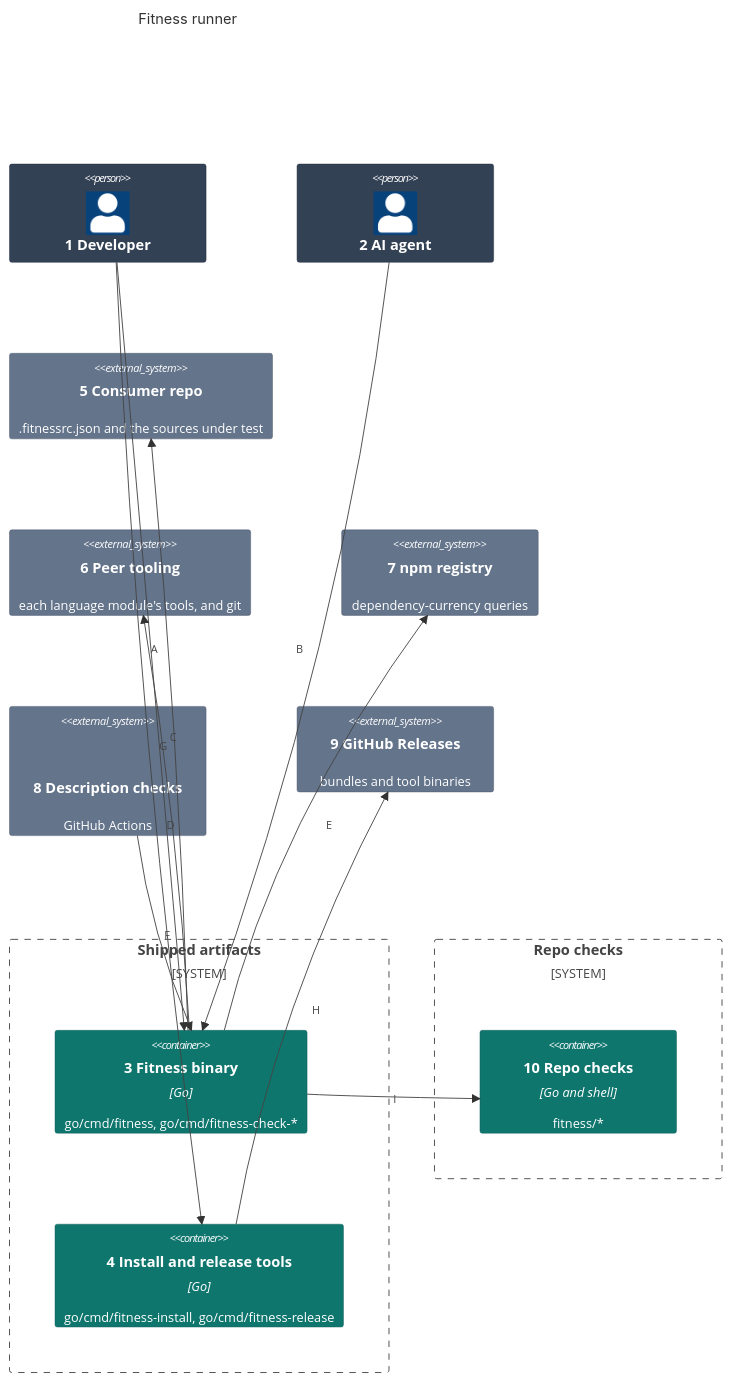
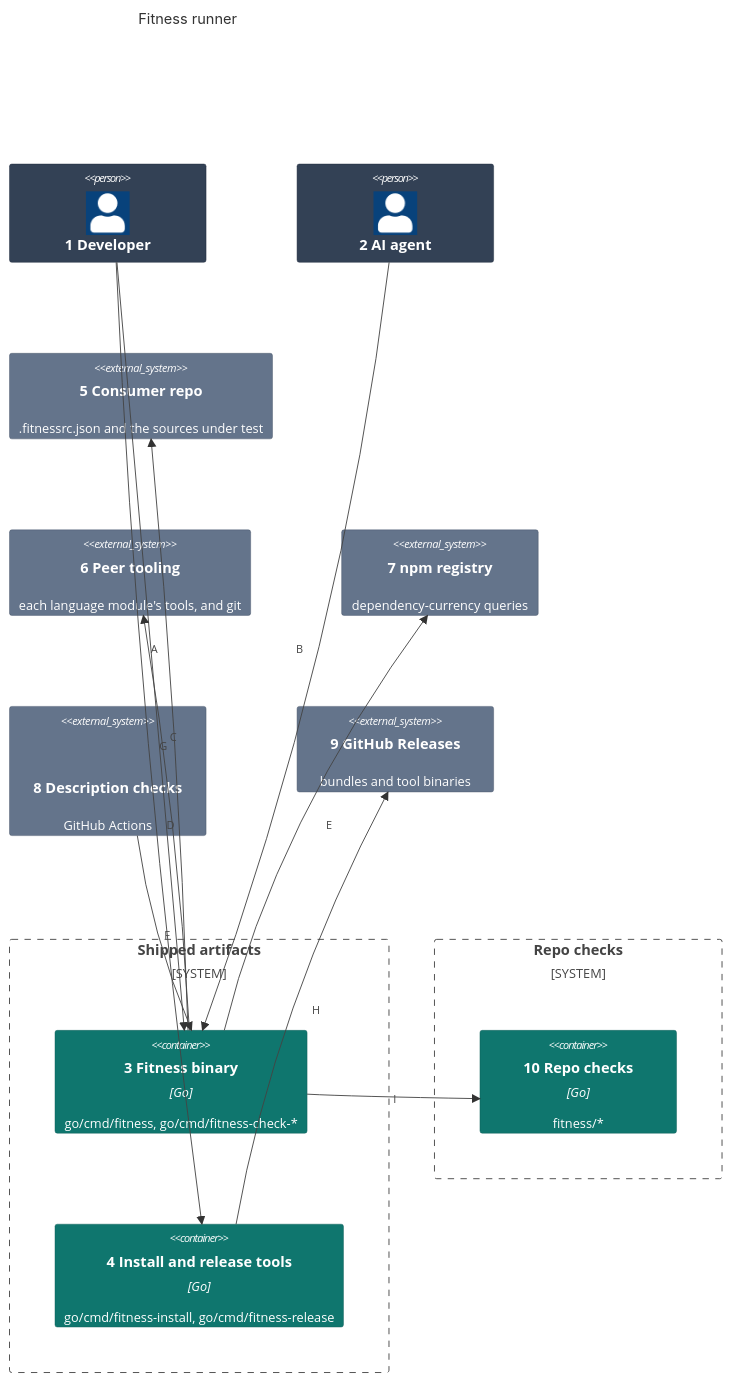
Before and after one commit to may-journal/fitness-runner: the first of 2 diagrams in docs/architecture/02-containers.md, drawn with Mermaid. The commit also changed other lines of this file and 51 other files, not shown here.

````diff
--- a/docs/architecture/02-containers.md
+++ b/docs/architecture/02-containers.md
@@ -3,43 +3,43 @@
 ```mermaid
 C4Container
     title Fitness runner
 
     Person(developer, "1 Developer")
     Person(agent, "2 AI agent")
 
     System_Boundary(ship, "Shipped artifacts") {
         Container(cli, "3 Fitness binary", "Go", "go/cmd/fitness, go/cmd/fitness-check-*")
         Container(tools, "4 Install and release tools", "Go", "go/cmd/fitness-install, go/cmd/fitness-release")
     }
 
     System_Boundary(own, "Repo checks") {
-        Container(repo, "10 Repo checks", "Go and shell", "fitness/*")
+        Container(repo, "10 Repo checks", "Go", "fitness/*")
     }
 
     System_Ext(consumer, "5 Consumer repo", ".fitnessrc.json and the sources under test")
     System_Ext(peers, "6 Peer tooling", "each language module's tools, and git")
     System_Ext(registry, "7 npm registry", "dependency-currency queries")
     System_Ext(ci, "8 Description checks", "GitHub Actions", "issue-check and pr-check")
     System_Ext(releases, "9 GitHub Releases", "bundles and tool binaries")
 
     Rel(developer, cli, "A")
     Rel(agent, cli, "B")
     Rel(cli, consumer, "C")
     Rel(cli, peers, "D")
     Rel(cli, registry, "E")
     Rel(ci, cli, "F")
     Rel(developer, tools, "G")
     Rel(tools, releases, "H")
     Rel(cli, repo, "I")
 
     UpdateElementStyle(developer, $bgColor="#334155", $borderColor="#1e293b", $fontColor="#ffffff")
     UpdateElementStyle(agent, $bgColor="#334155", $borderColor="#1e293b", $fontColor="#ffffff")
     UpdateElementStyle(cli, $bgColor="#0f766e", $borderColor="#115e59", $fontColor="#ffffff")
     UpdateElementStyle(tools, $bgColor="#0f766e", $borderColor="#115e59", $fontColor="#ffffff")
     UpdateElementStyle(repo, $bgColor="#0f766e", $borderColor="#115e59", $fontColor="#ffffff")
     UpdateElementStyle(consumer, $bgColor="#64748b", $borderColor="#475569", $fontColor="#ffffff")
     UpdateElementStyle(peers, $bgColor="#64748b", $borderColor="#475569", $fontColor="#ffffff")
     UpdateElementStyle(registry, $bgColor="#64748b", $borderColor="#475569", $fontColor="#ffffff")
     UpdateElementStyle(ci, $bgColor="#64748b", $borderColor="#475569", $fontColor="#ffffff")
     UpdateElementStyle(releases, $bgColor="#64748b", $borderColor="#475569", $fontColor="#ffffff")
 ```
````
